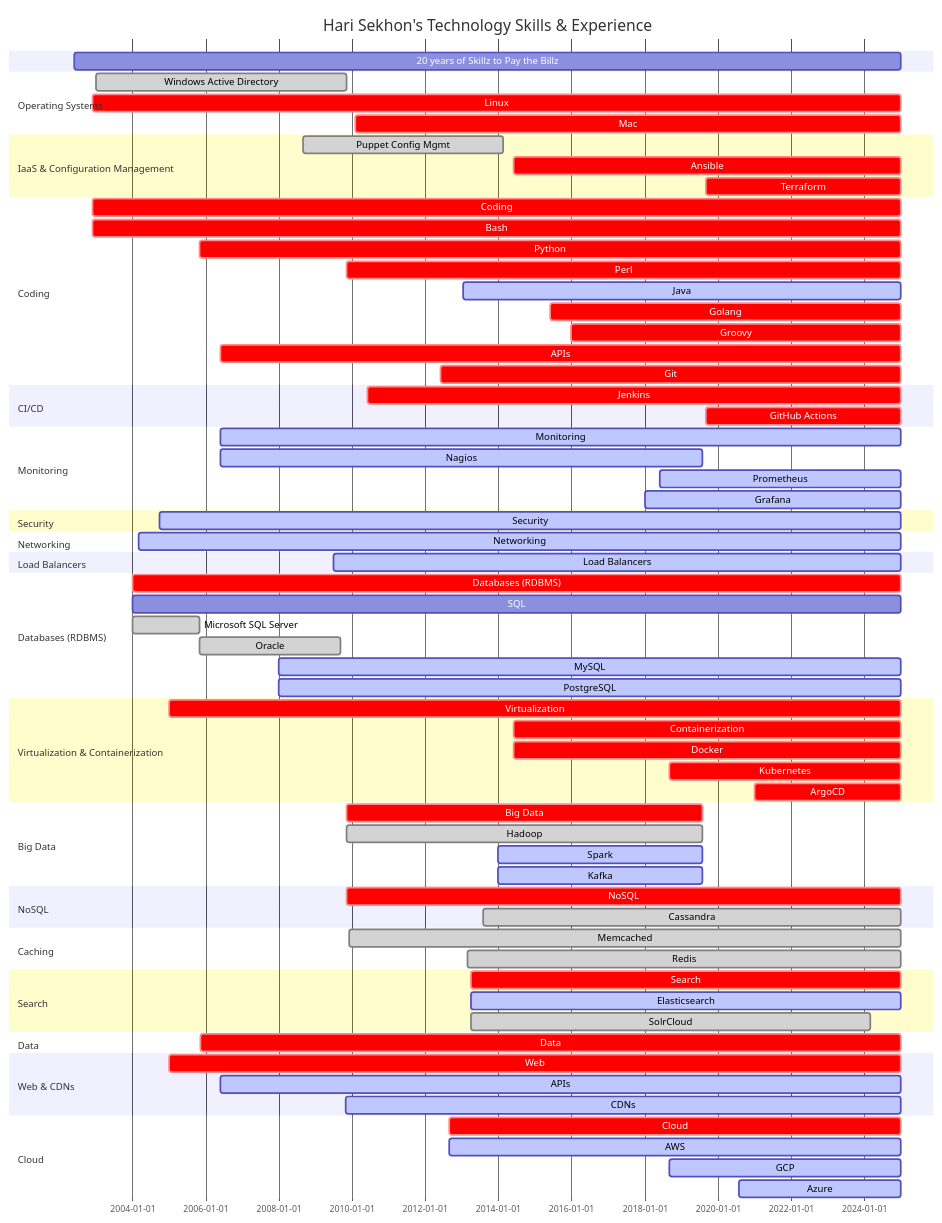
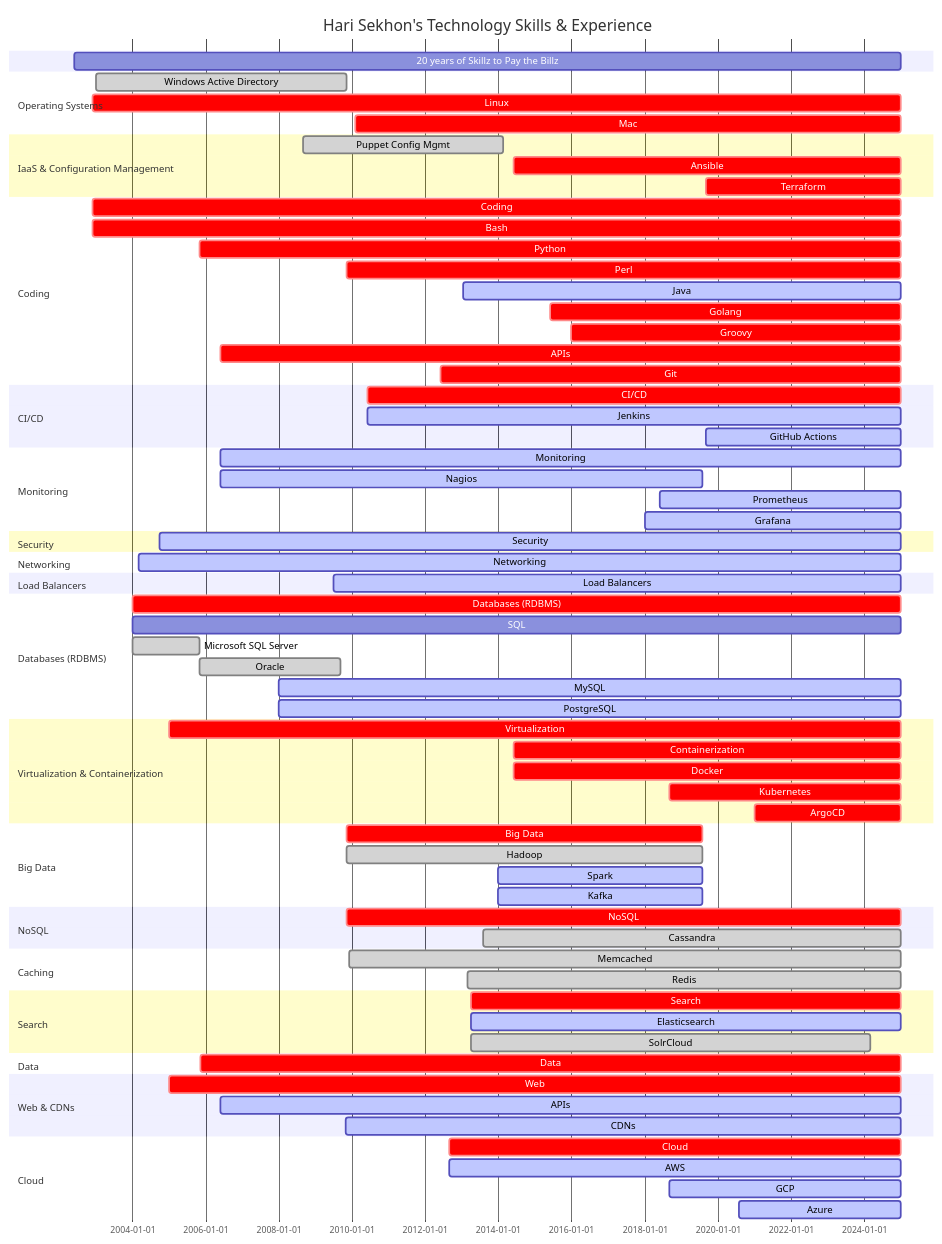
One commit to HariSekhon/HariSekhon changed the diagram in README.md. Above: the diagram before and after it, drawn with Mermaid.

```diff
--- a/README.md
+++ b/README.md
@@ -326,9 +326,10 @@
     %%GitHub                 : crit, 2012-12-31, 2024-12-31
 
     section CI/CD
-    Jenkins                : crit, 2010-06-01, 2024-12-31
+    CI/CD                  : crit, 2010-06-01, 2024-12-31
+    Jenkins                : active, 2010-06-01, 2024-12-31
     %%Travis CI              : done, 2014-05-01, 2019-06-31
-    GitHub Actions         : crit, 2019-09-01, 2024-12-31
+    GitHub Actions         : active, 2019-09-01, 2024-12-31
     %%CircleCI               : done, 2019-09-01, 2021-12-31
     %%BuildKite              : done, 2019-09-01, 2021-12-31
     %%GitLab                 : active, 2019-09-01, 2022-12-31
```
